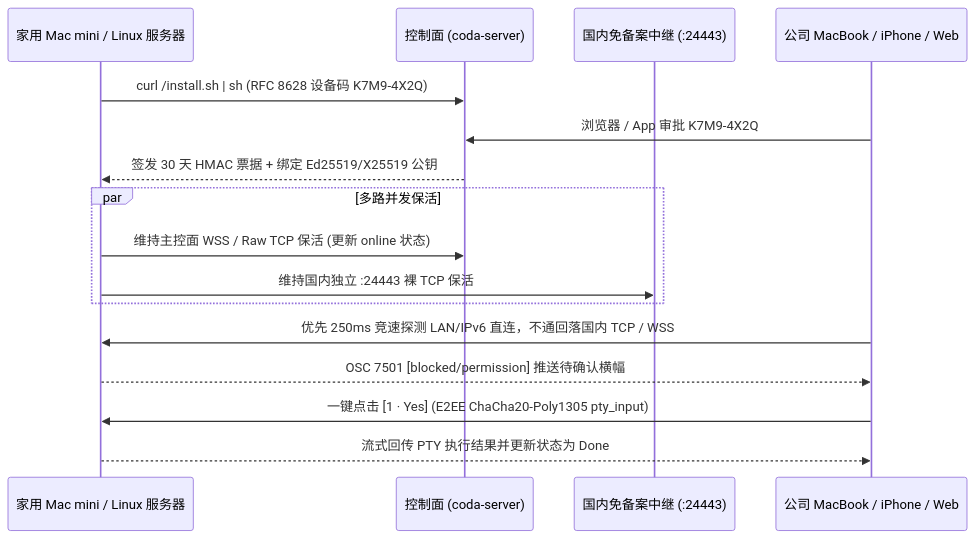
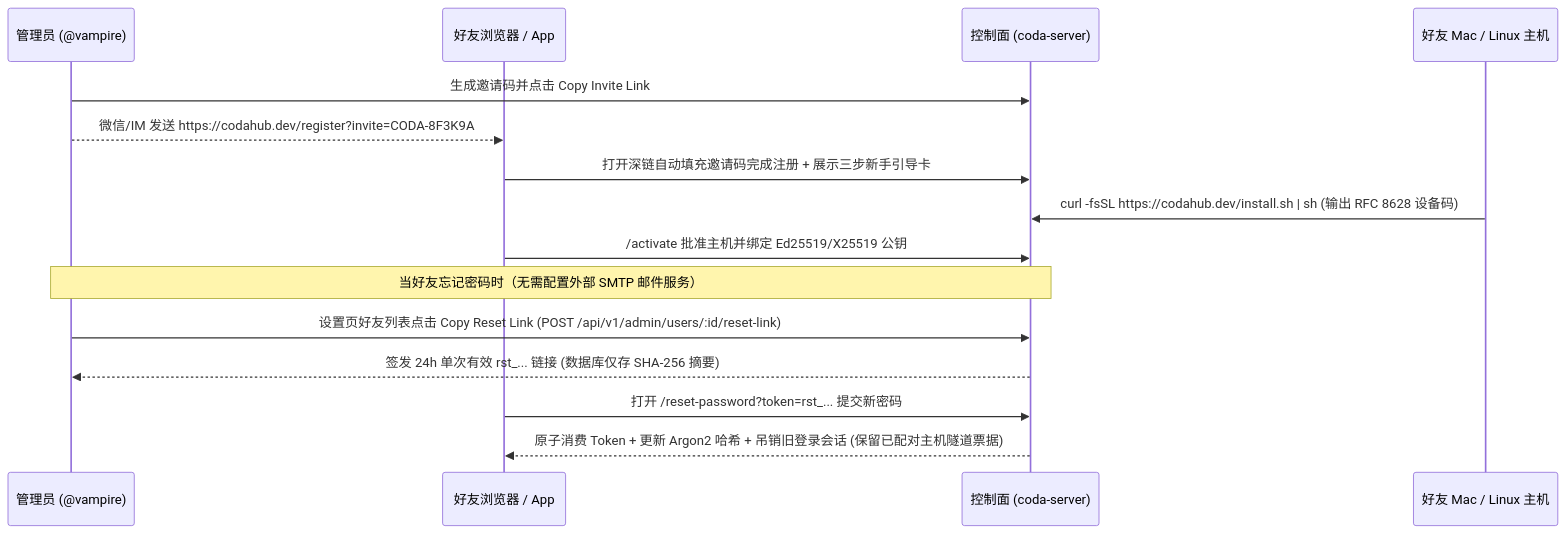
One commit to Annihilater/coda changed the second of 3 diagrams in docs/PRODUCT_PROTOTYPE.md. Above: the diagram before and after it, drawn with Mermaid. The commit also changed other lines of this file and 6 other files, not shown here.

````diff
--- a/docs/PRODUCT_PROTOTYPE.md
+++ b/docs/PRODUCT_PROTOTYPE.md
@@ -73,19 +78,18 @@
 ```mermaid
 sequenceDiagram
-    participant Host as 家用 Mac mini / Linux 服务器
+    participant Admin as 管理员 (@vampire)
+    participant Friend as 好友浏览器 / App
     participant Ctrl as 控制面 (coda-server)
-    participant Relay as 国内免备案中继 (:24443)
-    participant Client as 公司 MacBook / iPhone / Web
+    participant Host as 好友 Mac / Linux 主机
 
-    Host->>Ctrl: curl /install.sh | sh (RFC 8628 设备码 K7M9-4X2Q)
-    Client->>Ctrl: 浏览器 / App 审批 K7M9-4X2Q
-    Ctrl-->>Host: 签发 30 天 HMAC 票据 + 绑定 Ed25519/X25519 公钥
-    par 多路并发保活
-        Host->>Ctrl: 维持主控面 WSS / Raw TCP 保活 (更新 online 状态)
-        Host->>Relay: 维持国内独立 :24443 裸 TCP 保活
-    end
-    Client->>Host: 优先 250ms 竞速探测 LAN/IPv6 直连，不通回落国内 TCP / WSS
-    Host-->>Client: OSC 7501 [blocked/permission] 推送待确认横幅
-    Client->>Host: 一键点击 [1 · Yes] (E2EE ChaCha20-Poly1305 pty_input)
-    Host-->>Client: 流式回传 PTY 执行结果并更新状态为 Done
+    Admin->>Ctrl: 生成邀请码并点击 Copy Invite Link
+    Admin-->>Friend: 微信/IM 发送 https://codahub.dev/register?invite=CODA-8F3K9A
+    Friend->>Ctrl: 打开深链自动填充邀请码完成注册 + 展示三步新手引导卡
+    Host->>Ctrl: curl -fsSL https://codahub.dev/install.sh | sh (输出 RFC 8628 设备码)
+    Friend->>Ctrl: /activate 批准主机并绑定 Ed25519/X25519 公钥
+    Note over Admin,Ctrl: 当好友忘记密码时（无需配置外部 SMTP 邮件服务）
+    Admin->>Ctrl: 设置页好友列表点击 Copy Reset Link (POST /api/v1/admin/users/:id/reset-link)
+    Ctrl-->>Admin: 签发 24h 单次有效 rst_... 链接 (数据库仅存 SHA-256 摘要)
+    Friend->>Ctrl: 打开 /reset-password?token=rst_... 提交新密码
+    Ctrl-->>Friend: 原子消费 Token + 更新 Argon2 哈希 + 吊销旧登录会话 (保留已配对主机隧道票据)
 ```
````
